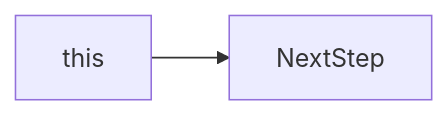
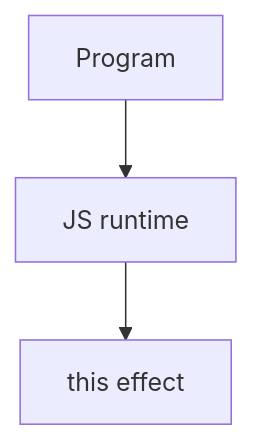
The second of 2 diagrams in docs/en/06-javascript/this/index.md (OmidJavaherii/Frontend-Engineering-Handbook), drawn with Mermaid before and after one commit. The commit also changed other lines of this file and 461 other files, not shown here.

````diff
--- a/docs/en/06-javascript/this/index.md
+++ b/docs/en/06-javascript/this/index.md
@@ -95,4 +113,5 @@
 ```mermaid
-flowchart LR
-  concept[this] --> nextStep[NextStep]
+flowchart TD
+  Code[Program] --> Runtime[JS runtime]
+  Runtime --> Effect[this effect]
 ```
````
